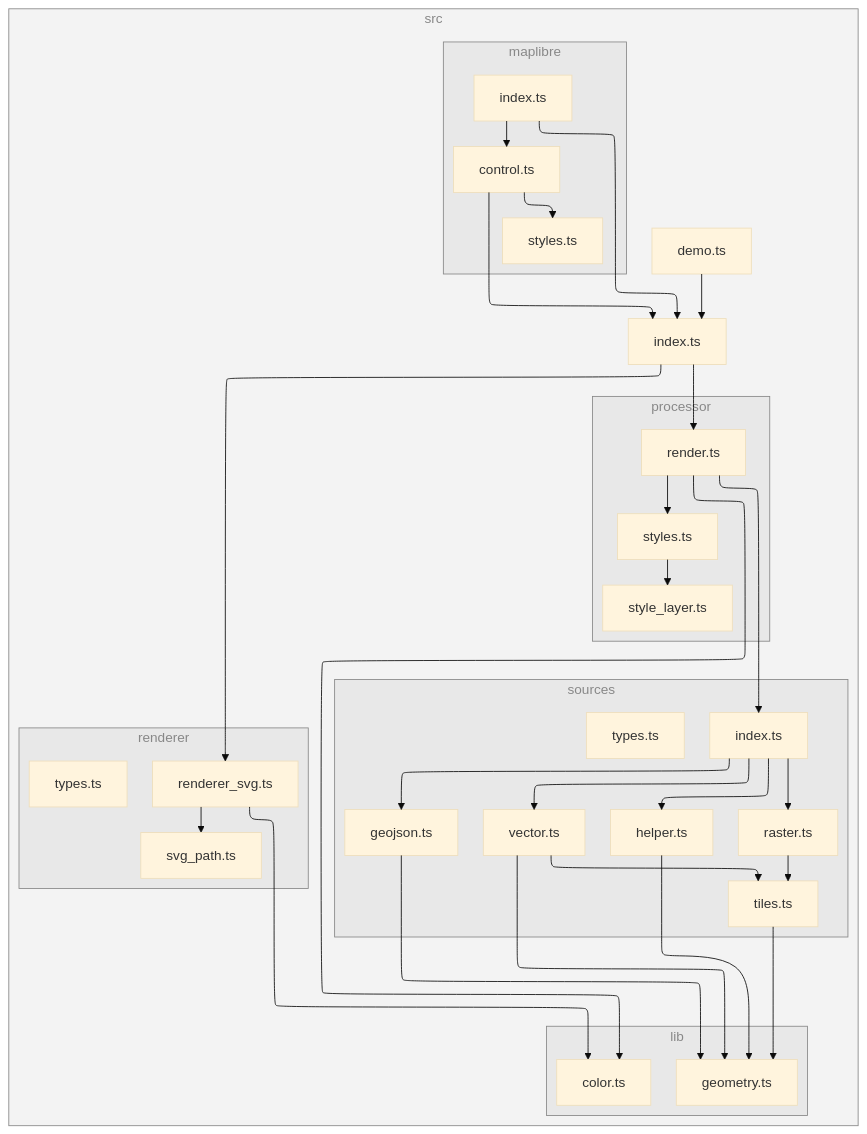
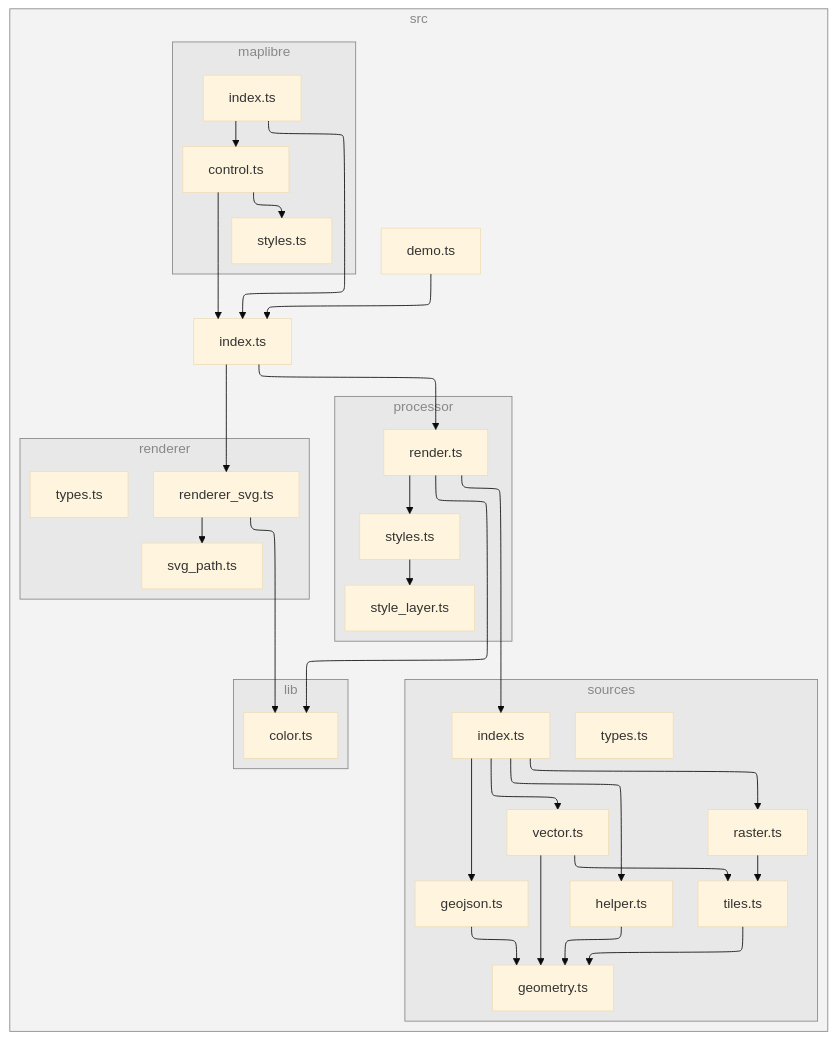
The diagram in README.md (versatiles-org/versatiles-renderer), drawn with Mermaid (base theme) before and after one commit. The commit also changed other lines of this file and 10 other files, not shown here.

````diff
--- a/README.md
+++ b/README.md
@@ -126,66 +126,66 @@
 ```mermaid
 ---
 config:
   layout: elk
 ---
 flowchart TB
 
 subgraph 0["src"]
 1["demo.ts"]
 2["index.ts"]
 subgraph 3["processor"]
 4["render.ts"]
 F["styles.ts"]
 G["style_layer.ts"]
 end
 subgraph 5["lib"]
 6["color.ts"]
-A["geometry.ts"]
 end
 subgraph 7["sources"]
 8["index.ts"]
 9["geojson.ts"]
+A["geometry.ts"]
 B["helper.ts"]
 C["raster.ts"]
 D["tiles.ts"]
 E["vector.ts"]
 P["types.ts"]
 end
 subgraph H["renderer"]
 I["renderer_svg.ts"]
 J["svg_path.ts"]
 O["types.ts"]
 end
 subgraph K["maplibre"]
 L["control.ts"]
 M["styles.ts"]
 N["index.ts"]
 end
 end
 1-->2
 2-->4
 2-->I
 4-->6
 4-->8
 4-->F
 8-->9
 8-->B
 8-->C
 8-->E
 9-->A
 B-->A
 C-->D
 D-->A
 E-->A
 E-->D
 F-->G
 I-->6
 I-->J
 L-->2
 L-->M
 N-->2
 N-->L
 
 class 0,3,5,7,H,K subgraphs;
 classDef subgraphs fill-opacity:0.1, fill:#888, color:#888, stroke:#888;
 ```
````
